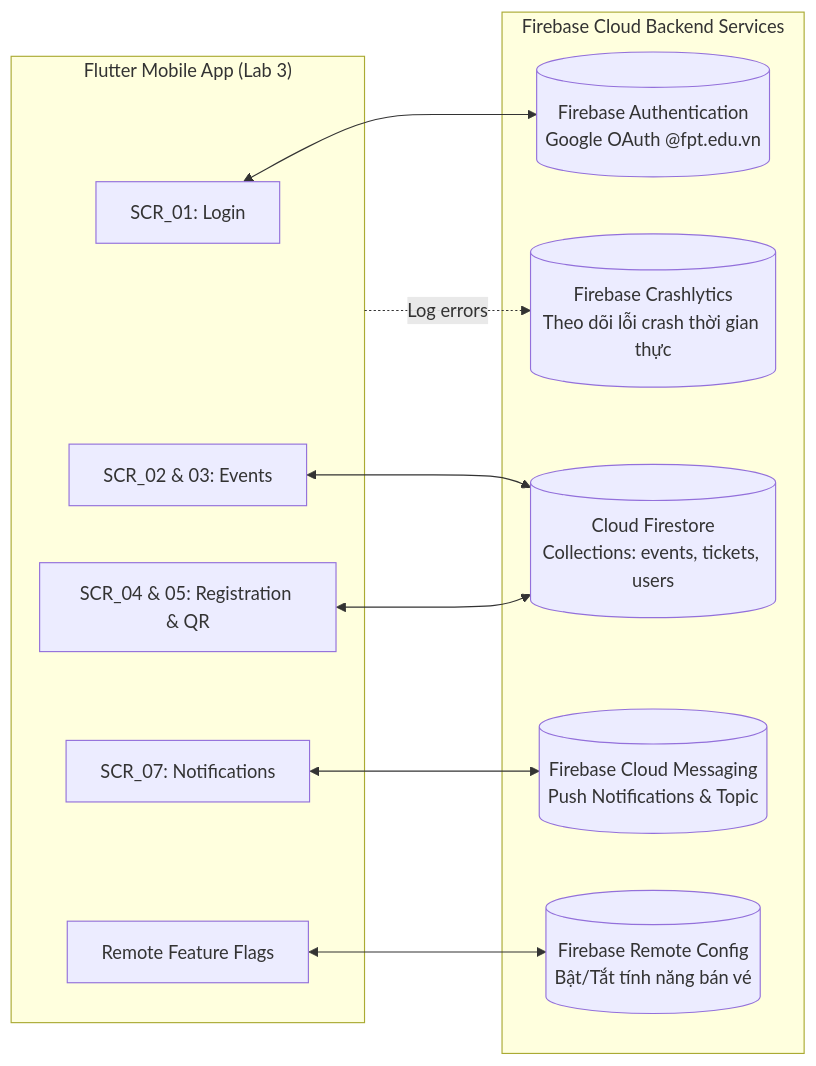
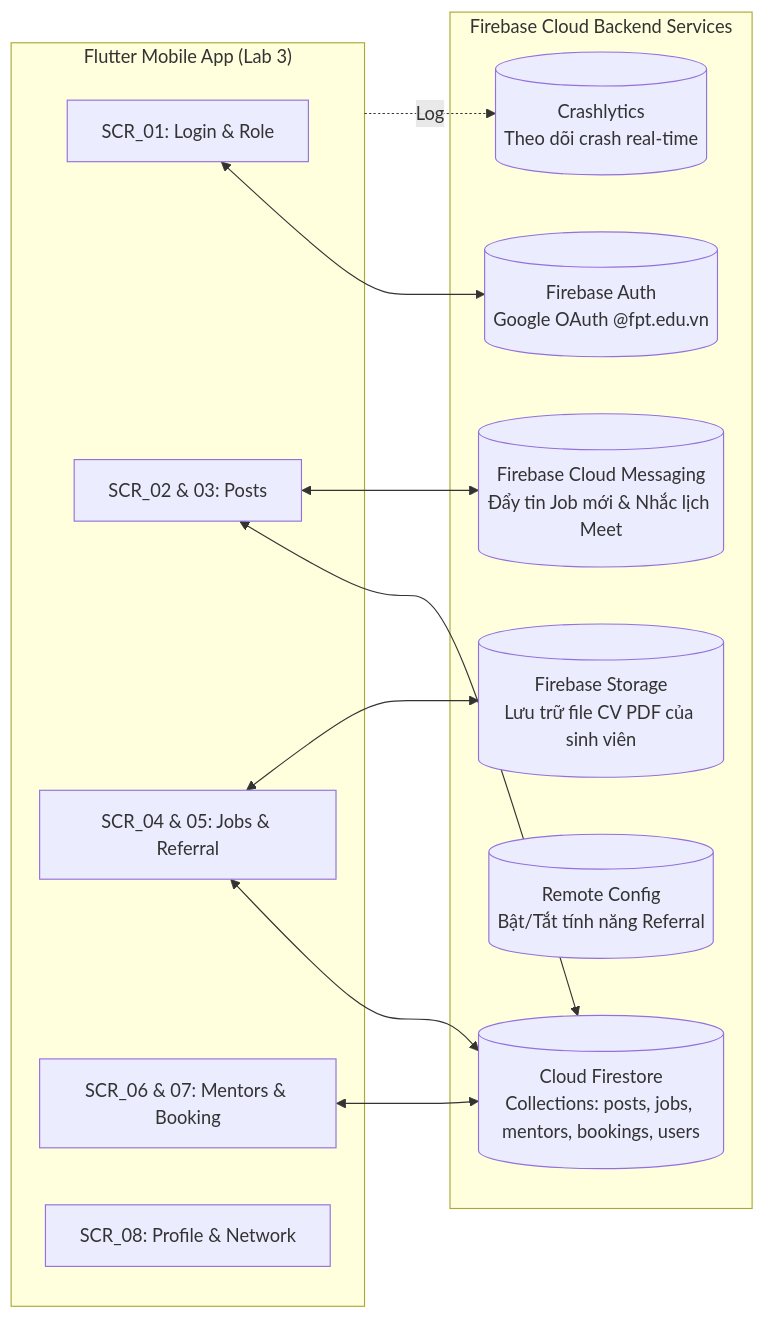
One commit to chstrg2208/PRN-LAB-2- changed the diagram in handoff/flutter-handoff.md. Above: the diagram before and after it, drawn with Mermaid. The commit also changed other lines of this file and 17 other files, not shown here.

Commit message:
refactor(project): update project topic to F-Alumni Mentorship and Career Network for Group 4

````diff
--- a/handoff/flutter-handoff.md
+++ b/handoff/flutter-handoff.md
@@ -502,25 +430,27 @@
 ```mermaid
 graph LR
     subgraph FlutterApp ["Flutter Mobile App (Lab 3)"]
-        UI_Auth[SCR_01: Login]
-        UI_Event[SCR_02 & 03: Events]
-        UI_Ticket[SCR_04 & 05: Registration & QR]
-        UI_Notif[SCR_07: Notifications]
-        UI_Remote[Remote Feature Flags]
+        UI_Auth[SCR_01: Login & Role]
+        UI_Feed[SCR_02 & 03: Posts]
+        UI_Job[SCR_04 & 05: Jobs & Referral]
+        UI_Book[SCR_06 & 07: Mentors & Booking]
+        UI_User[SCR_08: Profile & Network]
     end
 
     subgraph FirebaseBE ["Firebase Cloud Backend Services"]
-        FB_Auth[(Firebase Authentication\nGoogle OAuth @fpt.edu.vn)]
-        FB_Store[(Cloud Firestore\nCollections: events, tickets, users)]
-        FB_FCM[(Firebase Cloud Messaging\nPush Notifications & Topic)]
-        FB_Config[(Firebase Remote Config\nBật/Tắt tính năng bán vé)]
-        FB_Crash[(Firebase Crashlytics\nTheo dõi lỗi crash thời gian thực)]
+        FB_Auth[(Firebase Auth\nGoogle OAuth @fpt.edu.vn)]
+        FB_Store[(Cloud Firestore\nCollections: posts, jobs, mentors, bookings, users)]
+        FB_Storage[(Firebase Storage\nLưu trữ file CV PDF của sinh viên)]
+        FB_FCM[(Firebase Cloud Messaging\nĐẩy tin Job mới & Nhắc lịch Meet)]
+        FB_Config[(Remote Config\nBật/Tắt tính năng Referral)]
+        FB_Crash[(Crashlytics\nTheo dõi crash real-time)]
     end
 
     UI_Auth <--> FB_Auth
-    UI_Event <--> FB_Store
-    UI_Ticket <--> FB_Store
-    UI_Notif <--> FB_FCM
-    UI_Remote <--> FB_Config
-    FlutterApp -. Log errors .-> FB_Crash
+    UI_Feed <--> FB_Store
+    UI_Job <--> FB_Store
+    UI_Job <--> FB_Storage
+    UI_Book <--> FB_Store
+    UI_Feed <--> FB_FCM
+    FlutterApp -. Log .-> FB_Crash
 ```
````
